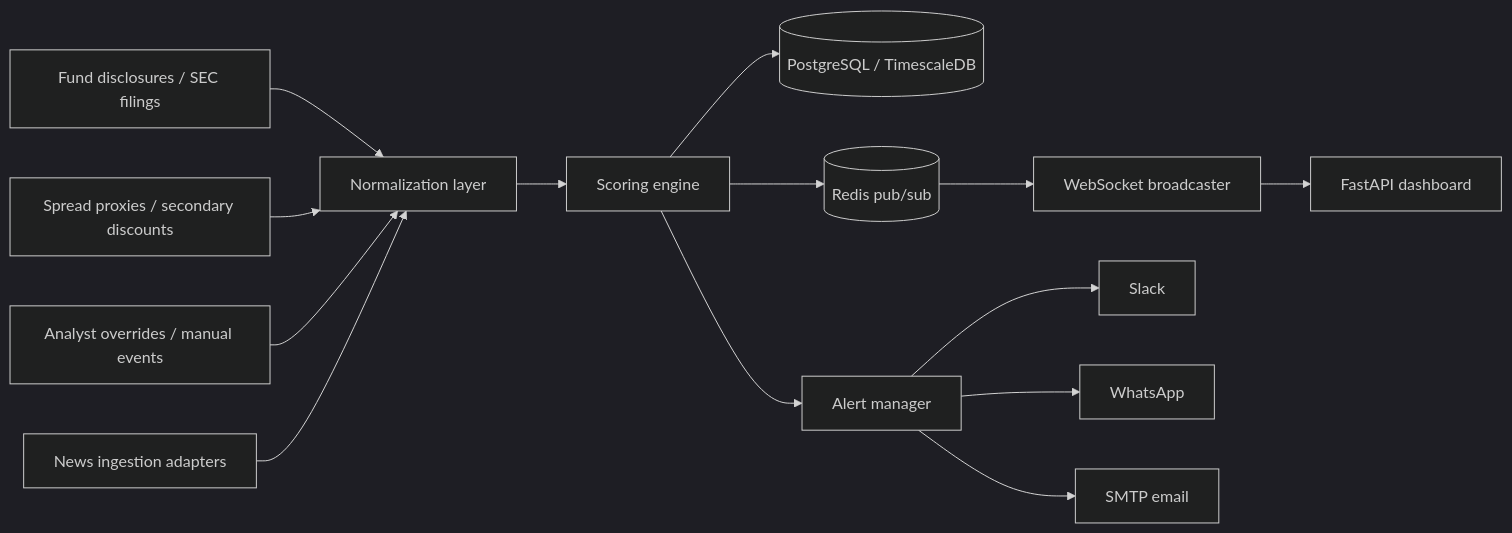
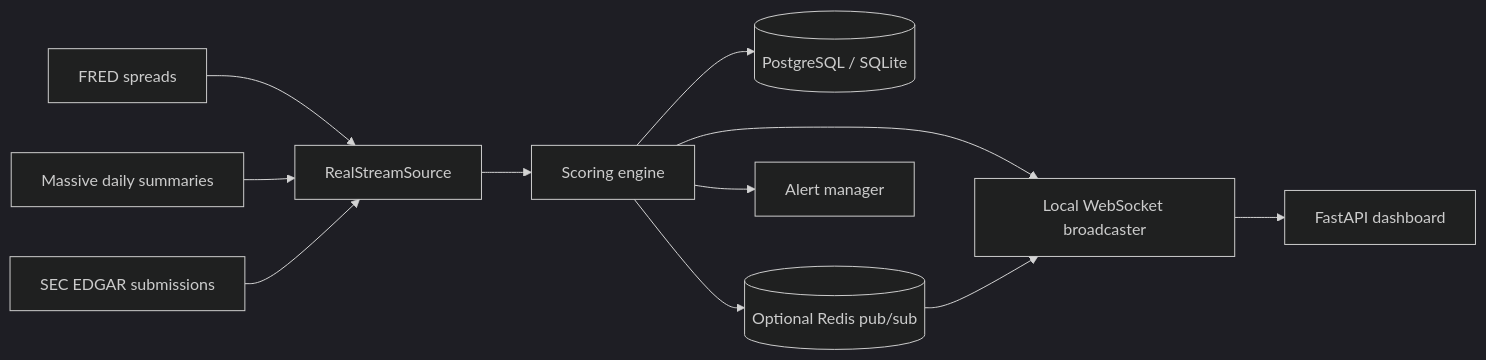
Before and after one commit to danijelkecman/risk-watch: the diagram in README.md, drawn with Mermaid (dark theme). The commit also changed other lines of this file and 14 other files, not shown here.

````diff
--- a/README.md
+++ b/README.md
@@ -21,16 +125,13 @@
 ```mermaid
 flowchart LR
-    A[Fund disclosures / SEC filings] --> N[Normalization layer]
-    B[Spread proxies / secondary discounts] --> N
-    C[Analyst overrides / manual events] --> N
-    D[News ingestion adapters] --> N
+    F[FRED spreads] --> N[RealStreamSource]
+    P[Massive daily summaries] --> N
+    E[SEC EDGAR submissions] --> N
     N --> S[Scoring engine]
-    S --> DB[(PostgreSQL / TimescaleDB)]
-    S --> R[(Redis pub/sub)]
-    R --> W[WebSocket broadcaster]
+    S --> DB[(PostgreSQL / SQLite)]
+    S --> R[(Optional Redis pub/sub)]
+    S --> W[Local WebSocket broadcaster]
+    R --> W
     W --> UI[FastAPI dashboard]
-    S --> AL[Alert manager]
-    AL --> E1[Slack]
-    AL --> E2[WhatsApp]
-    AL --> E3[SMTP email]
+    S --> A[Alert manager]
 ```
````
